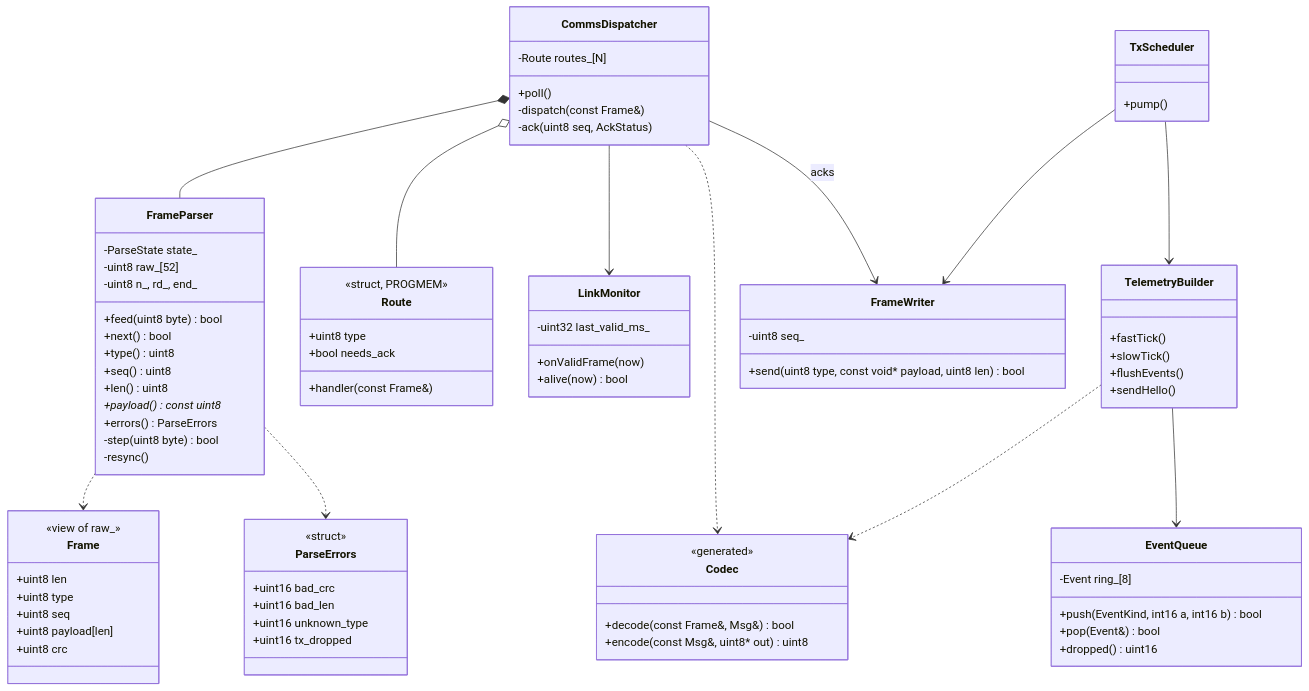
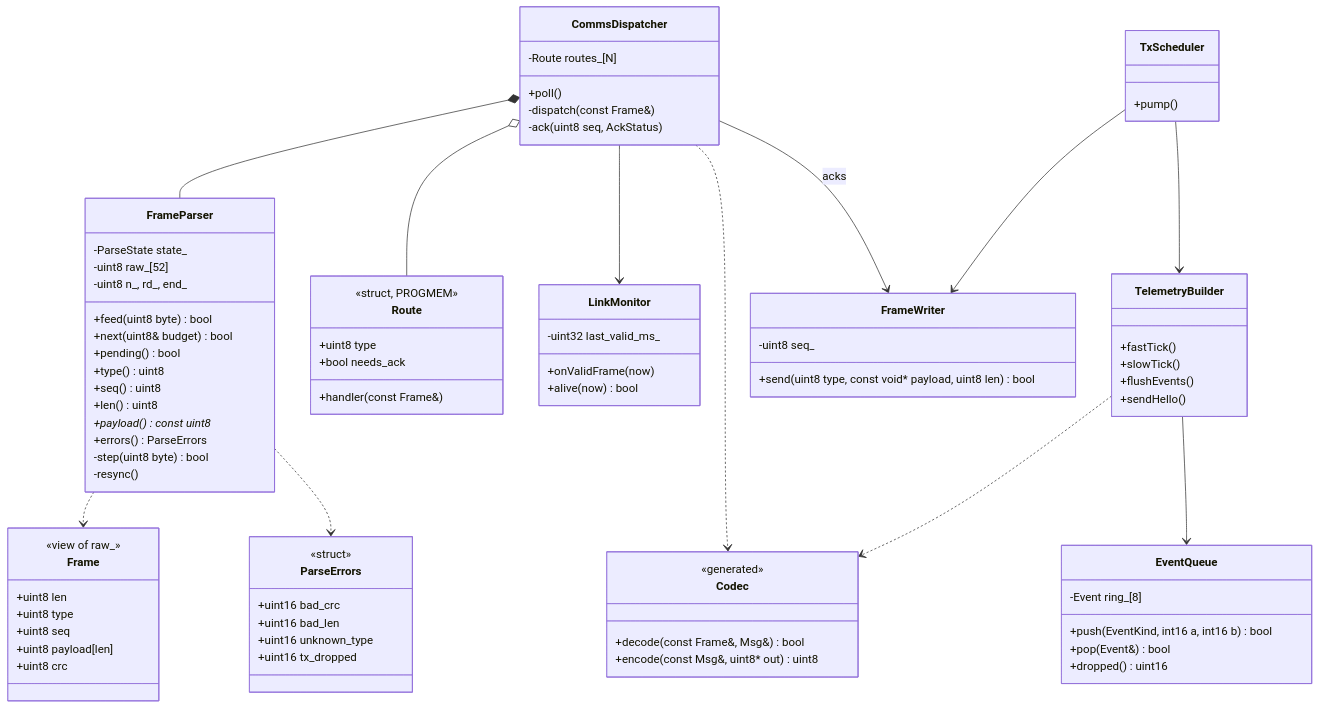
One commit to mannuray/conqueror changed diagram 11 of 24 in docs/lld/uno-firmware-lld.md. Above: the diagram before and after it, drawn with Mermaid. The commit also changed other lines of this file and 1 other file, not shown here.

```diff
--- a/docs/lld/uno-firmware-lld.md
+++ b/docs/lld/uno-firmware-lld.md
@@ -607,7 +607,8 @@
       -uint8 raw_[52]
       -uint8 n_, rd_, end_
       +feed(uint8 byte) bool
-      +next() bool
+      +next(uint8& budget) bool
+      +pending() bool
       +type() uint8
       +seq() uint8
       +len() uint8
```
